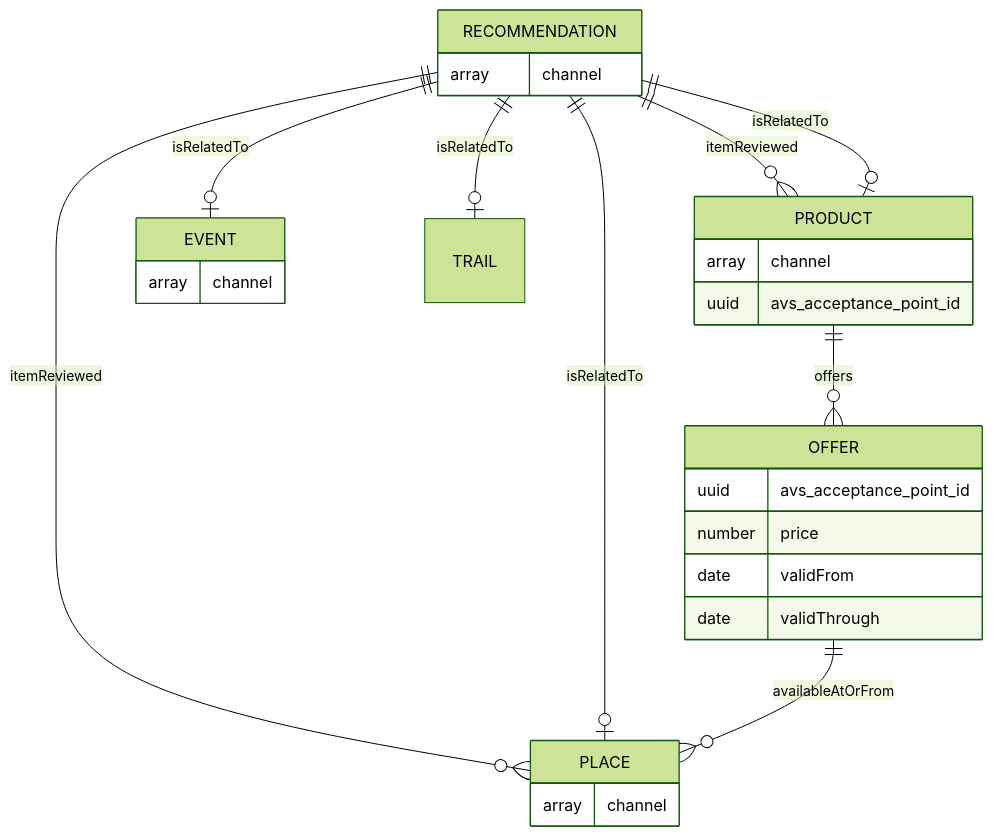
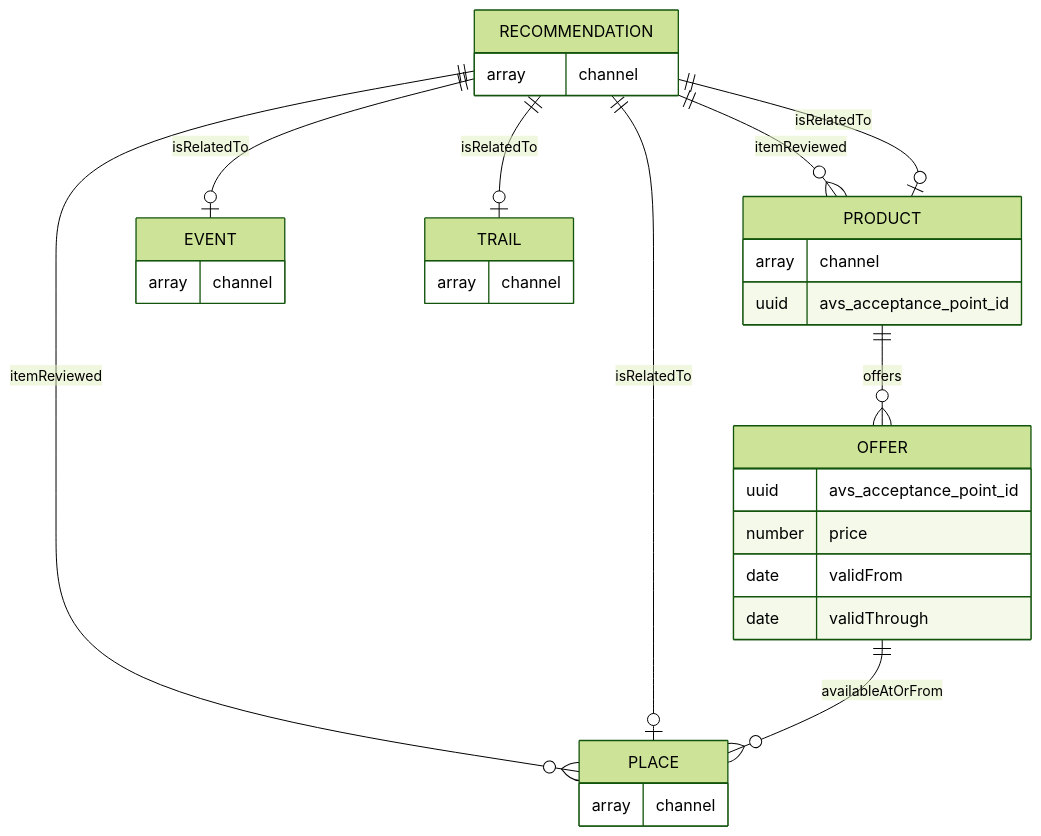
Before and after one commit to tsolenthaler/docs.contentdesk.io: the third of 3 diagrams in docs/dev/projects/glarnerlandApp.md, drawn with Mermaid (forest theme). The commit also changed other lines of this file, not shown here.

Commit message:
Refactor schema and update relationships in glarnerlandApp.md

````diff
--- a/docs/dev/projects/glarnerlandApp.md
+++ b/docs/dev/projects/glarnerlandApp.md
@@ -49,37 +66,41 @@
 ``` mermaid
 erDiagram
     RECOMMENDATION ||--o{ PLACE : itemReviewed
     RECOMMENDATION{
         array channel
     }
     RECOMMENDATION ||--o{ PRODUCT : itemReviewed
     
     RECOMMENDATION ||--o| PRODUCT : isRelatedTo
     RECOMMENDATION ||--o| EVENT : isRelatedTo
     RECOMMENDATION ||--o| PLACE : isRelatedTo
     RECOMMENDATION ||--o| TRAIL : isRelatedTo
 
     PRODUCT{
         array channel
         uuid avs_acceptance_point_id
     }
 
     PRODUCT ||--o{ OFFER : offers
 
     OFFER{
         uuid avs_acceptance_point_id
         number price
         date validFrom
         date validThrough
     }
 
     OFFER ||--o{ PLACE : availableAtOrFrom
 
     PLACE{
         array channel
     }
 
     EVENT{
         array channel
     }
+
+    TRAIL{
+        array channel
+    }
 ```
````
